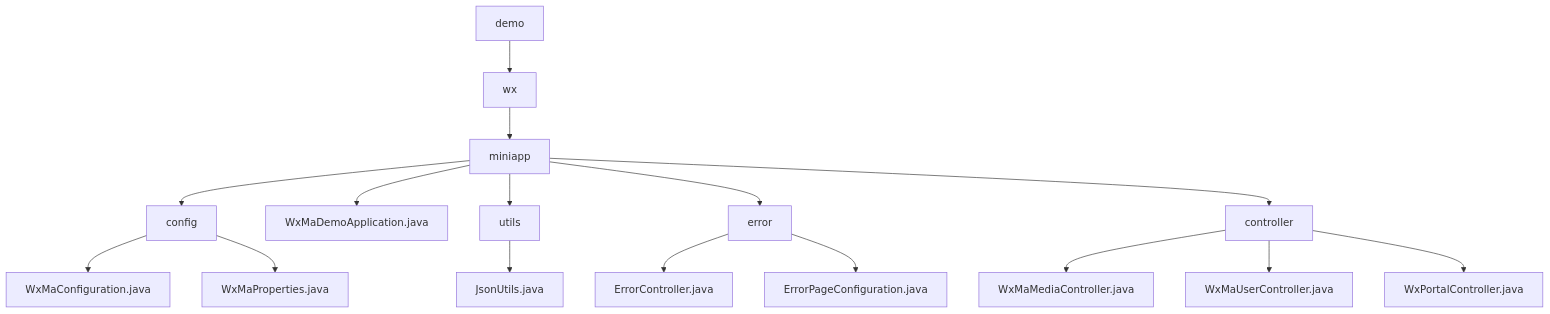
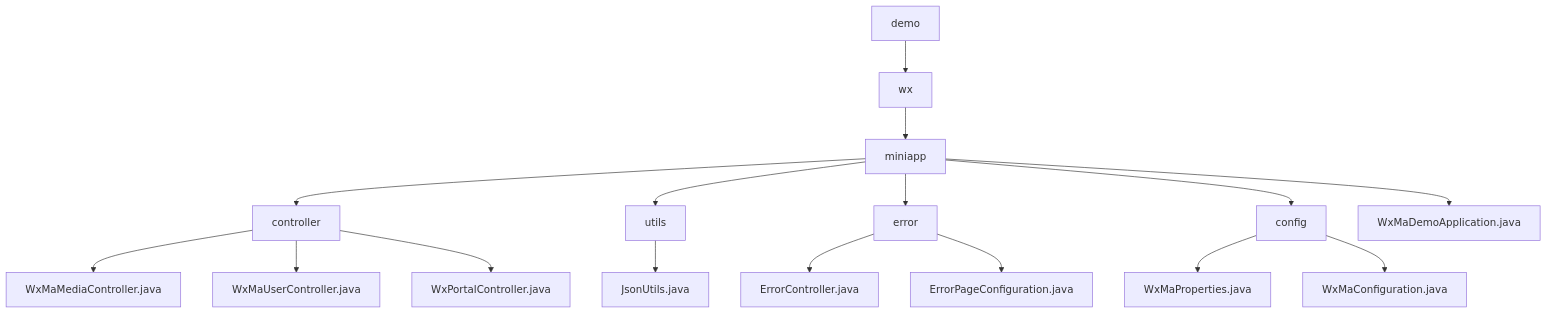
Before and after one commit to v-wjrong/binary_weixin-java-miniapp-demo: the diagram in docs/en/docs/src/main/java/com/github/binarywang/demo/_module.md, drawn with Mermaid. The commit also changed other lines of this file and 50 other files, not shown here.

````diff
--- a/docs/en/docs/src/main/java/com/github/binarywang/demo/_module.md
+++ b/docs/en/docs/src/main/java/com/github/binarywang/demo/_module.md
@@ -22,18 +22,18 @@
 ```mermaid
 graph TD
     demo --> wx
     wx --> miniapp
+    miniapp --> controller
+    miniapp --> utils
+    miniapp --> error
     miniapp --> config
     miniapp --> WxMaDemoApplication.java
-    miniapp --> utils
-    miniapp --> error
-    miniapp --> controller
-    config --> WxMaConfiguration.java
-    config --> WxMaProperties.java
+    controller --> WxMaMediaController.java
+    controller --> WxMaUserController.java
+    controller --> WxPortalController.java
     utils --> JsonUtils.java
     error --> ErrorController.java
     error --> ErrorPageConfiguration.java
-    controller --> WxMaMediaController.java
-    controller --> WxMaUserController.java
-    controller --> WxPortalController.java
+    config --> WxMaProperties.java
+    config --> WxMaConfiguration.java
 ```
````
